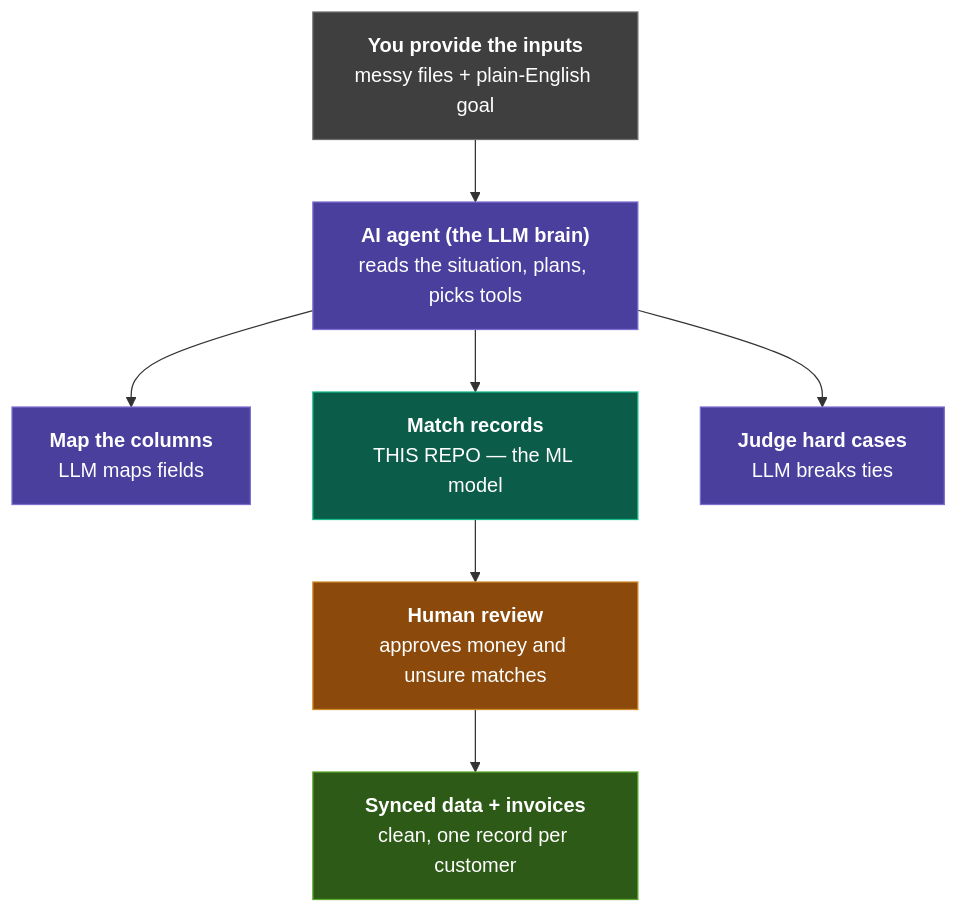
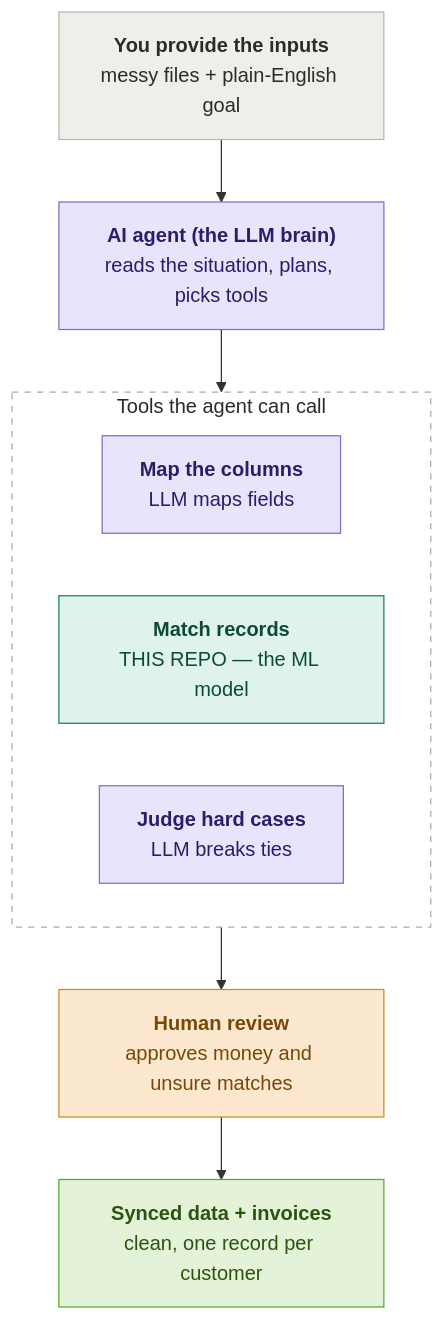
Before and after one commit to praneeth5500/Customer-Data-Reconciliation-Engine-ML-Entity-Resolution-Pipeline: the diagram in README.md, drawn with Mermaid.

````diff
--- a/README.md
+++ b/README.md
@@ -204,29 +204,34 @@
 ```mermaid
 flowchart TD
     A["<b>You provide the inputs</b><br/>messy files + plain-English goal"]
     B["<b>AI agent (the LLM brain)</b><br/>reads the situation, plans, picks tools"]
-    C["<b>Map the columns</b><br/>LLM maps fields"]
-    D["<b>Match records</b><br/>THIS REPO — the ML model"]
-    E["<b>Judge hard cases</b><br/>LLM breaks ties"]
+
+    subgraph TOOLS["Tools the agent can call"]
+        direction LR
+        C["<b>Map the columns</b><br/>LLM maps fields"]
+        D["<b>Match records</b><br/>THIS REPO — the ML model"]
+        E["<b>Judge hard cases</b><br/>LLM breaks ties"]
+    end
+
     F["<b>Human review</b><br/>approves money and unsure matches"]
     G["<b>Synced data + invoices</b><br/>clean, one record per customer"]
 
     A --> B
-    B --> C
-    B --> D
-    B --> E
-    D --> F
+    B --> TOOLS
+    TOOLS --> F
     F --> G
 
-    classDef input  fill:#3F3F3F,stroke:#6E6E6E,color:#FFFFFF
-    classDef llm    fill:#4B3F9E,stroke:#7B6FD0,color:#FFFFFF
-    classDef ml     fill:#0B5D4A,stroke:#17B98D,color:#FFFFFF
-    classDef human  fill:#8B4A0B,stroke:#D08A2A,color:#FFFFFF
-    classDef output fill:#2D5A16,stroke:#5AA82C,color:#FFFFFF
+    classDef input  fill:#EFEFEA,stroke:#B8B8B0,color:#2B2B2B
+    classDef llm    fill:#E8E4FB,stroke:#7B6FD0,color:#2A1E6B
+    classDef ml     fill:#DFF3EA,stroke:#17805F,color:#0B4A38
+    classDef human  fill:#FBE8CE,stroke:#D08A2A,color:#7A4708
+    classDef output fill:#E4F2D8,stroke:#5AA82C,color:#2A5410
 
     class A input
     class B,C,E llm
     class D ml
     class F human
     class G output
+
+    style TOOLS fill:transparent,stroke:#AAAAAA,stroke-dasharray:5 5,color:#2B2B2B
 ```
````
